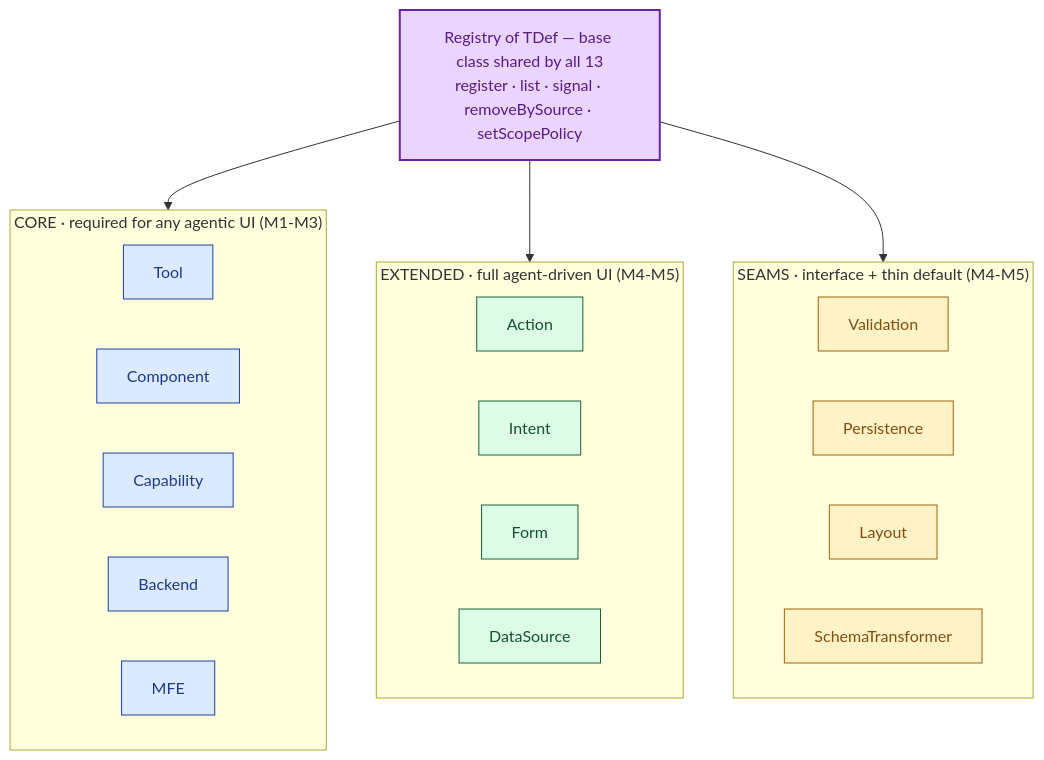
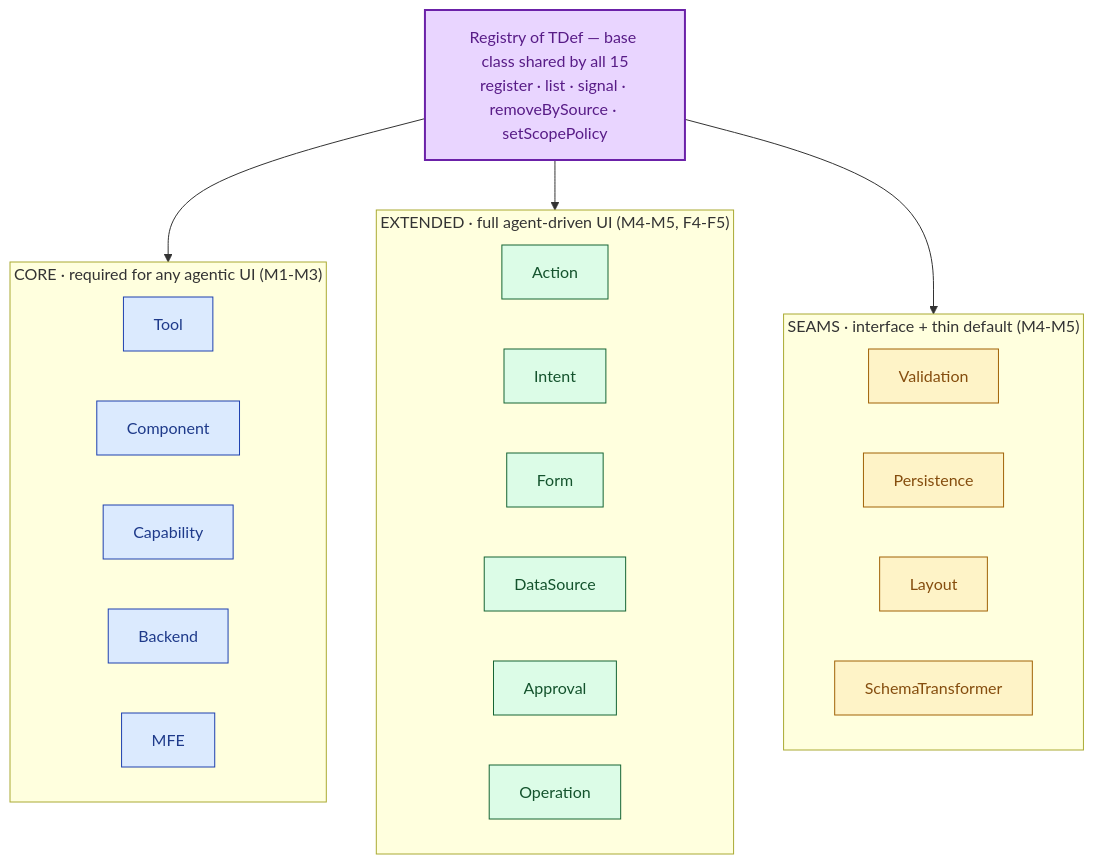
The diagram in docs/assets/registry-tiers.mmd (sahassakhare/agentic-ui), drawn with Mermaid before and after one commit. The commit also changed 108 other files, not shown here.

```diff
--- a/docs/assets/registry-tiers.mmd
+++ b/docs/assets/registry-tiers.mmd
@@ -1,36 +1,38 @@
 flowchart TB
     classDef core fill:#dbeafe,stroke:#1e40af,stroke-width:1px,color:#1e3a8a
     classDef ext fill:#dcfce7,stroke:#166534,stroke-width:1px,color:#14532d
     classDef seam fill:#fef3c7,stroke:#a16207,stroke-width:1px,color:#854d0e
     classDef base fill:#e9d5ff,stroke:#6b21a8,stroke-width:2px,color:#581c87
 
-    BASE["Registry of TDef — base class shared by all 13<br/>register · list · signal · removeBySource · setScopePolicy"]:::base
+    BASE["Registry of TDef — base class shared by all 15<br/>register · list · signal · removeBySource · setScopePolicy"]:::base
 
     subgraph CORE["CORE · required for any agentic UI (M1-M3)"]
         direction LR
         T1[Tool]:::core
         T2[Component]:::core
         T3[Capability]:::core
         T4[Backend]:::core
         T5[MFE]:::core
     end
 
-    subgraph EXT["EXTENDED · full agent-driven UI (M4-M5)"]
+    subgraph EXT["EXTENDED · full agent-driven UI (M4-M5, F4-F5)"]
         direction LR
         E1[Action]:::ext
         E2[Intent]:::ext
         E3[Form]:::ext
         E4[DataSource]:::ext
+        E5[Approval]:::ext
+        E6[Operation]:::ext
     end
 
     subgraph SEAM["SEAMS · interface + thin default (M4-M5)"]
         direction LR
         S1[Validation]:::seam
         S2[Persistence]:::seam
         S3[Layout]:::seam
         S4[SchemaTransformer]:::seam
     end
 
     BASE --> CORE
     BASE --> EXT
     BASE --> SEAM
```
